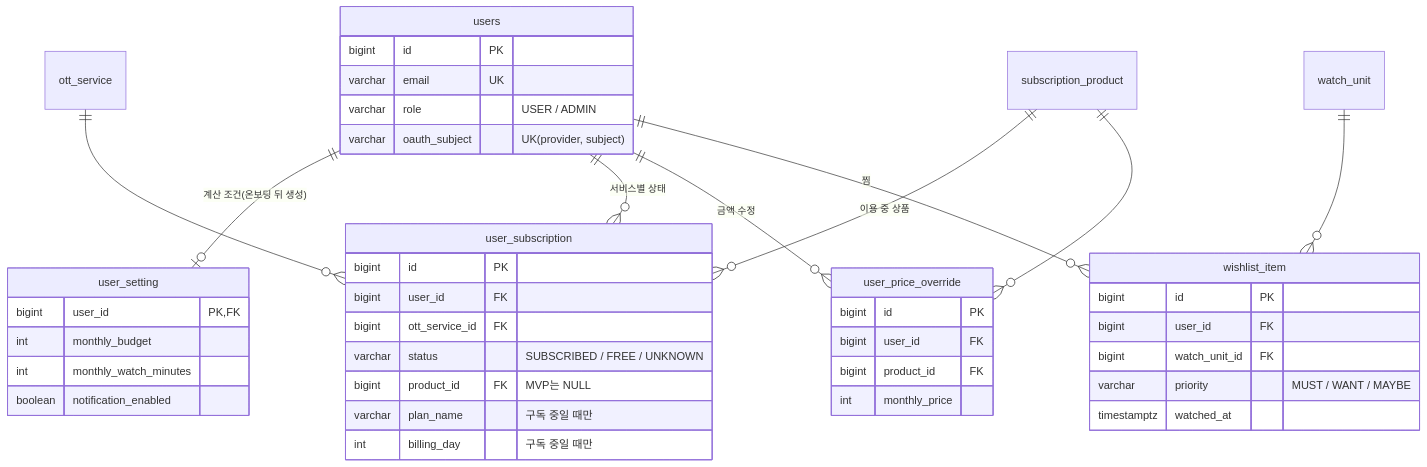
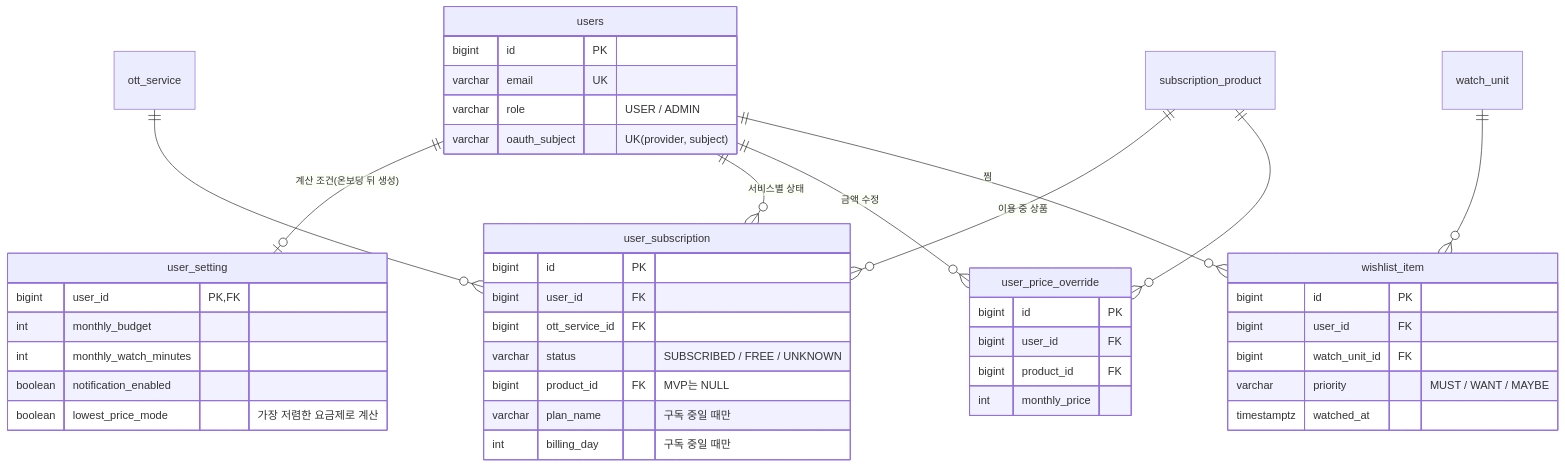
The fourth of 5 diagrams in docs/ERD.md (msw-Hub/ottnavi), drawn with Mermaid before and after one commit. The commit also changed other lines of this file and 219 other files, not shown here.

First line of the commit message:
feat: 번들·저가형 요금제와 "가장 저렴한 요금제로 계산" 모드 (Task 076)

````diff
--- a/docs/ERD.md
+++ b/docs/ERD.md
@@ -249,45 +250,46 @@
 ```mermaid
 erDiagram
   users ||--o| user_setting : "계산 조건(온보딩 뒤 생성)"
   users ||--o{ user_subscription : "서비스별 상태"
   users ||--o{ user_price_override : "금액 수정"
   users ||--o{ wishlist_item : "찜"
   ott_service ||--o{ user_subscription : ""
   subscription_product ||--o{ user_subscription : "이용 중 상품"
   subscription_product ||--o{ user_price_override : ""
   watch_unit ||--o{ wishlist_item : ""
   users {
     bigint id PK
     varchar email UK
     varchar role "USER / ADMIN"
     varchar oauth_subject "UK(provider, subject)"
   }
   user_setting {
     bigint user_id PK, FK
     int monthly_budget
     int monthly_watch_minutes
     boolean notification_enabled
+    boolean lowest_price_mode "가장 저렴한 요금제로 계산"
   }
   user_subscription {
     bigint id PK
     bigint user_id FK
     bigint ott_service_id FK
     varchar status "SUBSCRIBED / FREE / UNKNOWN"
     bigint product_id FK "MVP는 NULL"
     varchar plan_name "구독 중일 때만"
     int billing_day "구독 중일 때만"
   }
   user_price_override {
     bigint id PK
     bigint user_id FK
     bigint product_id FK
     int monthly_price
   }
   wishlist_item {
     bigint id PK
     bigint user_id FK
     bigint watch_unit_id FK
     varchar priority "MUST / WANT / MAYBE"
     timestamptz watched_at
   }
 ```
````
